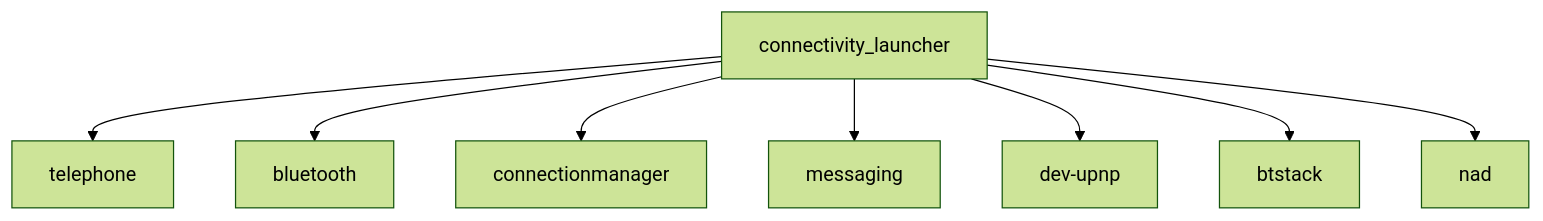
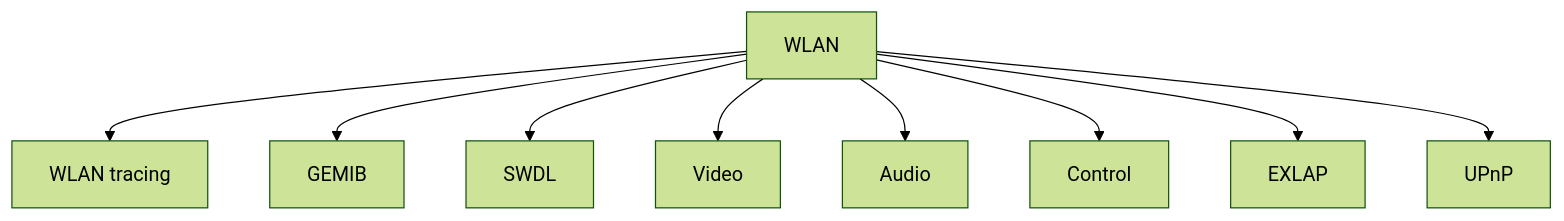
Before and after one commit to joeyQuery/MHI2-Wireless-CarPlay: diagram 22 of 22 in docs/wifi.md, drawn with Mermaid (forest theme). The commit also changed other lines of this file, not shown here.

````diff
--- a/docs/wifi.md
+++ b/docs/wifi.md
@@ -966,20 +687,22 @@
 ```mermaid
 flowchart TB
-    LAUNCHER["connectivity_launcher"]
+    WLAN["WLAN"]
 
-    TELEPHONE["telephone"]
-    BLUETOOTH["bluetooth"]
-    CM["connectionmanager"]
-    MESSAGING["messaging"]
-    UPNP["dev-upnp"]
-    BTSTACK["btstack"]
-    NAD["nad"]
+    TRACE["WLAN tracing"]
+    GEMIB["GEMIB"]
+    SWDL["SWDL"]
+    VIDEO["Video"]
+    AUDIO["Audio"]
+    CONTROL["Control"]
+    EXLAP["EXLAP"]
+    UPNP["UPnP"]
 
-    LAUNCHER --> TELEPHONE
-    LAUNCHER --> BLUETOOTH
-    LAUNCHER --> CM
-    LAUNCHER --> MESSAGING
-    LAUNCHER --> UPNP
-    LAUNCHER --> BTSTACK
-    LAUNCHER --> NAD
+    WLAN --> TRACE
+    WLAN --> GEMIB
+    WLAN --> SWDL
+    WLAN --> VIDEO
+    WLAN --> AUDIO
+    WLAN --> CONTROL
+    WLAN --> EXLAP
+    WLAN --> UPNP
 ```
````
